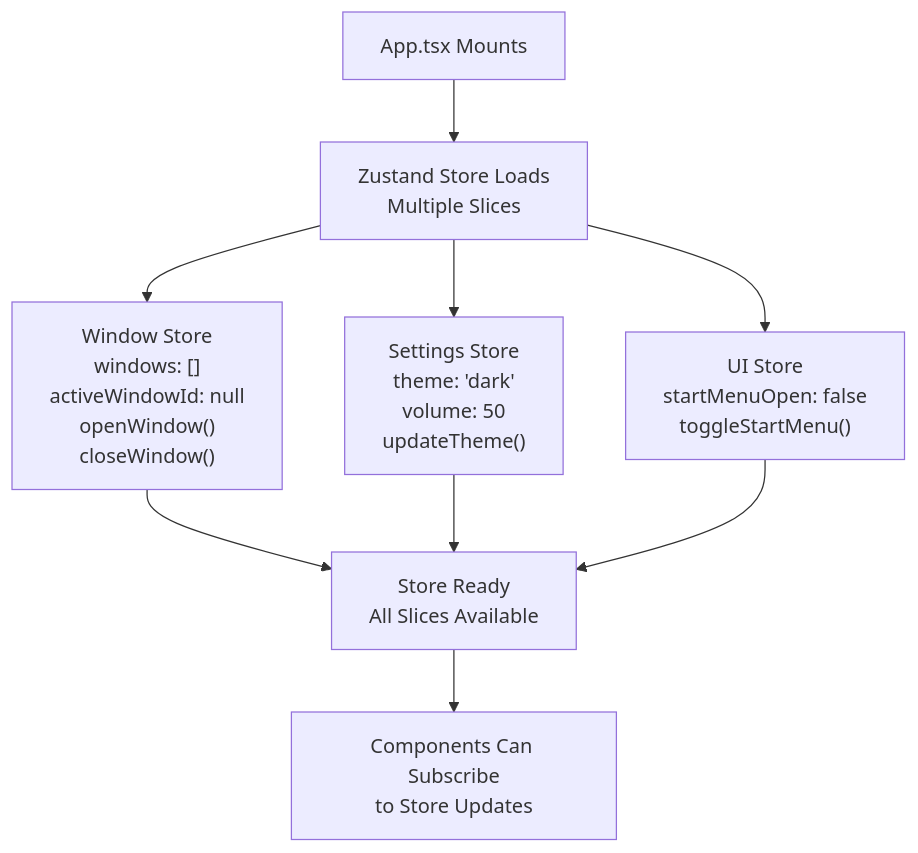
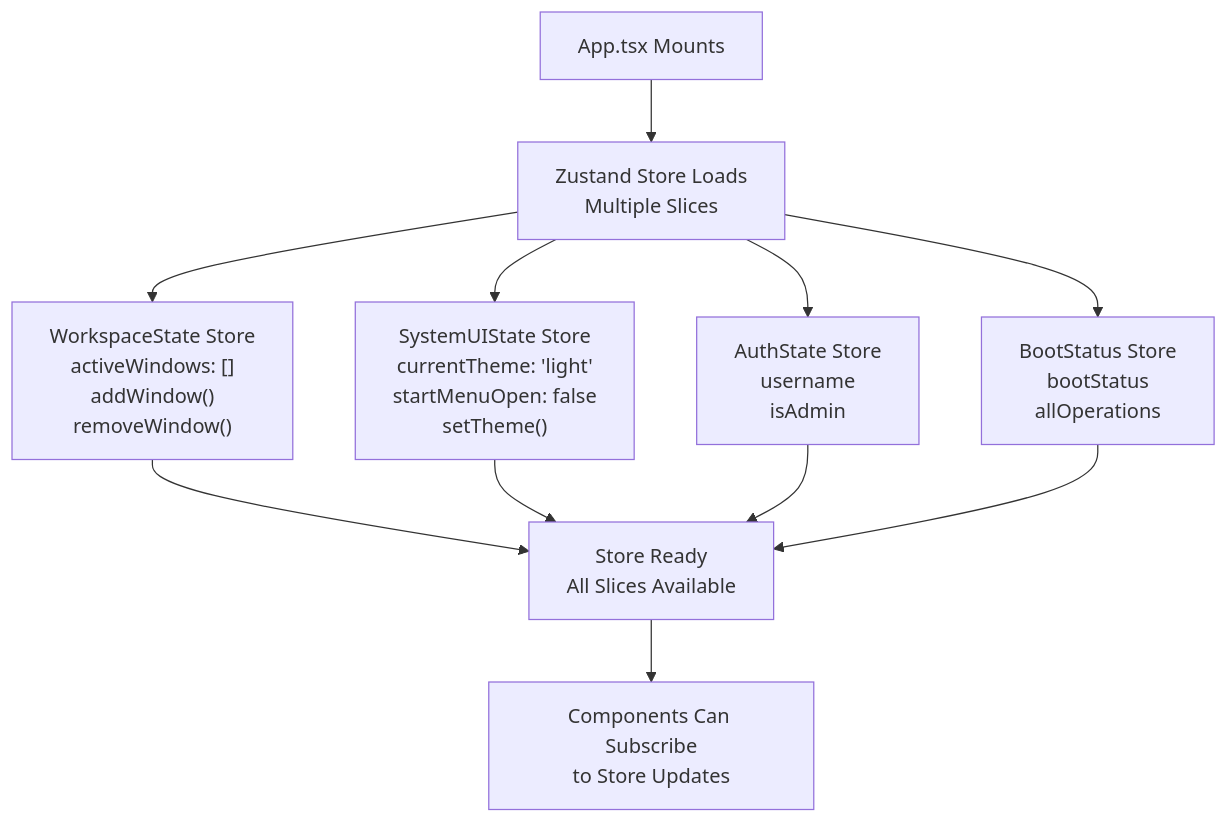
The second of 11 diagrams in docs/UI_FLOW.md (NatsuDrag9/portfolio-os), drawn with Mermaid before and after one commit. The commit also changed other lines of this file and 7 other files, not shown here.

Commit message:
docs(app): correct architecture doc and add more docs

````diff
--- a/docs/UI_FLOW.md
+++ b/docs/UI_FLOW.md
@@ -50,17 +53,19 @@
 ```mermaid
 graph TD
     A["App.tsx Mounts"]
     B["Zustand Store Loads<br/>Multiple Slices"]
 
     A --> B
 
-    B --> C["Window Store<br/>windows: []<br/>activeWindowId: null<br/>openWindow()<br/>closeWindow()"]
-    B --> D["Settings Store<br/>theme: 'dark'<br/>volume: 50<br/>updateTheme()"]
-    B --> E["UI Store<br/>startMenuOpen: false<br/>toggleStartMenu()"]
+    B --> C["WorkspaceState Store<br/>activeWindows: []<br/>addWindow()<br/>removeWindow()"]
+    B --> D["SystemUIState Store<br/>currentTheme: 'light'<br/>startMenuOpen: false<br/>setTheme()"]
+    B --> E["AuthState Store<br/>username<br/>isAdmin"]
+    B --> F["BootStatus Store<br/>bootStatus<br/>allOperations"]
 
-    C --> F["Store Ready<br/>All Slices Available"]
-    D --> F
-    E --> F
+    C --> G["Store Ready<br/>All Slices Available"]
+    D --> G
+    E --> G
+    F --> G
 
-    F --> G["Components Can Subscribe<br/>to Store Updates"]
+    G --> H["Components Can Subscribe<br/>to Store Updates"]
 ```
````
